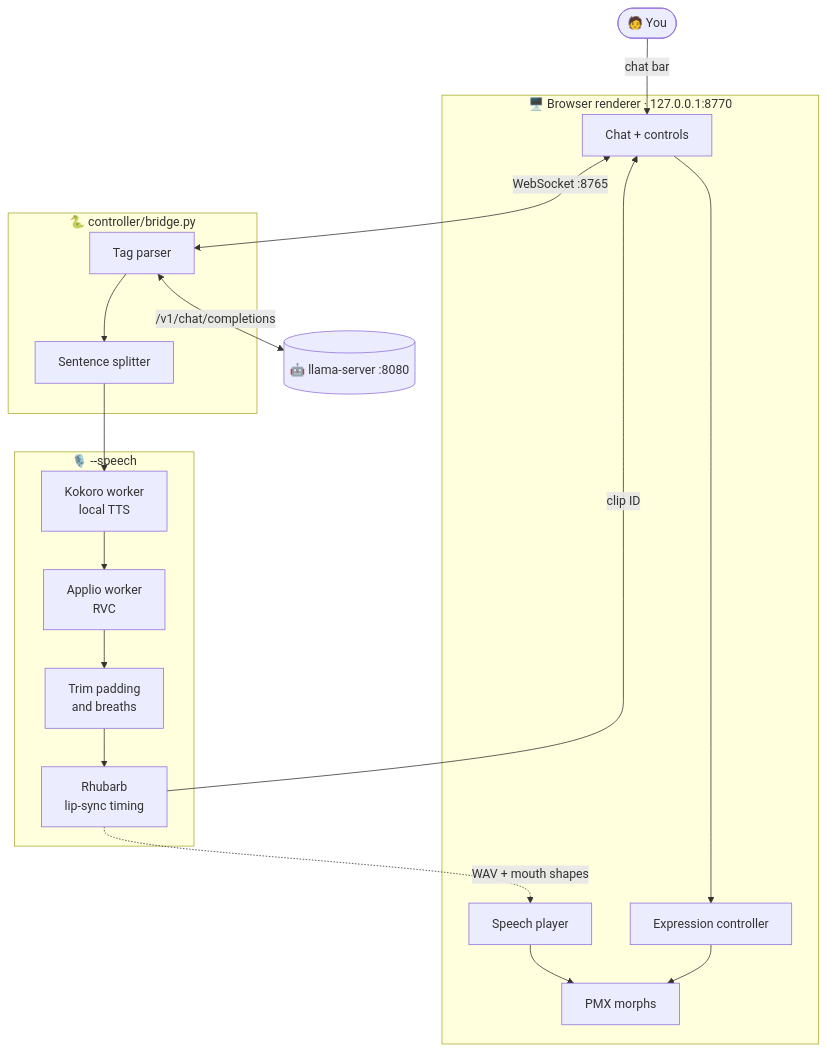
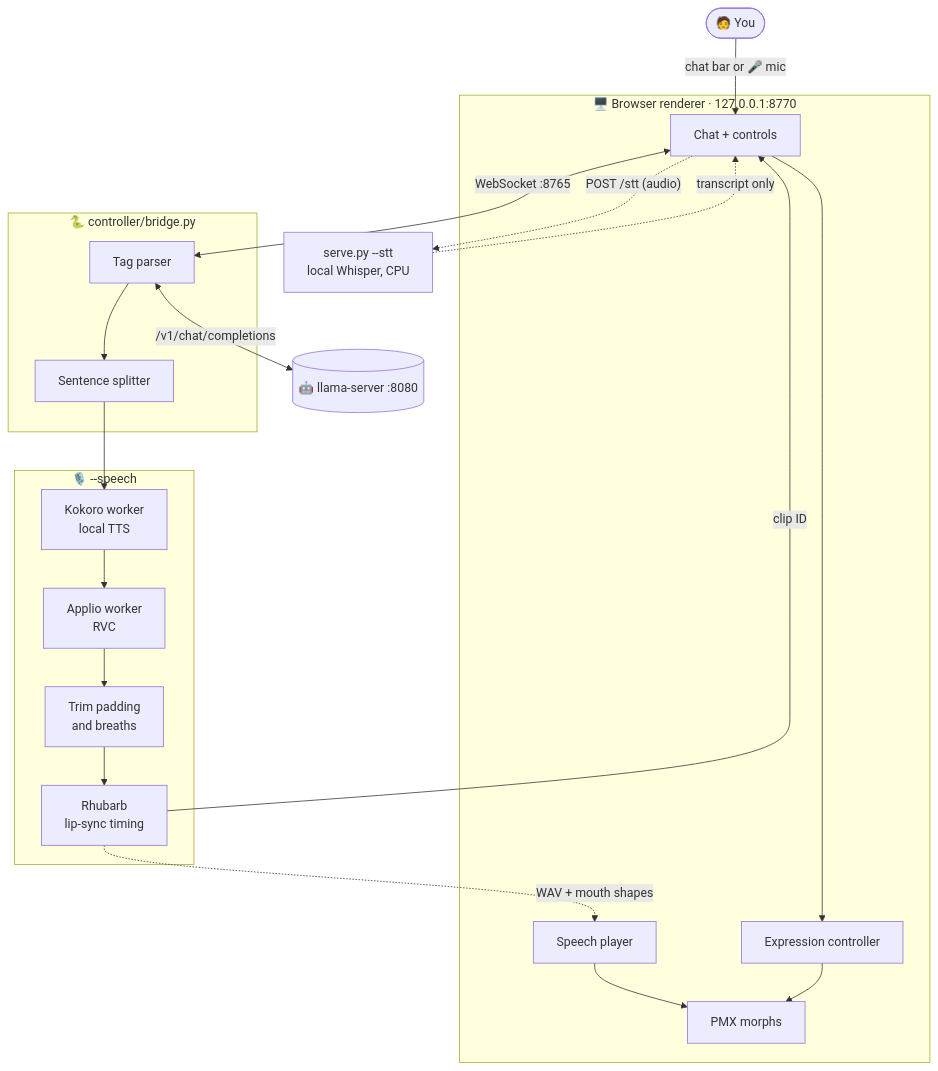
One commit to arctic-cheetah/AI-Avatar-PMX-MMD changed the first of 2 diagrams in README.md. Above: the diagram before and after it, drawn with Mermaid. The commit also changed other lines of this file and 3 other files, not shown here.

First line of the commit message:
docs: document local voice input (STT) setup, design and measurements (#25)

````diff
--- a/README.md
+++ b/README.md
@@ -18,22 +19,24 @@
 ```mermaid
 flowchart TD
-    U([🧑 You]) -->|chat bar| R
+    U([🧑 You]) -->|chat bar or 🎤 mic| R
     subgraph Browser["🖥️ Browser renderer · 127.0.0.1:8770"]
         R[Chat + controls] --> E[Expression controller]
         P[Speech player] --> M[PMX morphs]
         E --> M
     end
     R <-->|WebSocket :8765| B
+    R -.->|"POST /stt (audio)"| V[serve.py --stt<br/>local Whisper, CPU]
+    V -.->|transcript only| R
     subgraph Bridge["🐍 controller/bridge.py"]
         B[Tag parser] --> S[Sentence splitter]
     end
     B <-->|"/v1/chat/completions"| L[(🤖 llama-server :8080)]
     S --> W
     subgraph Speech["🎙️ --speech"]
         W[Kokoro worker<br/>local TTS] --> C[Applio worker<br/>RVC]
         C --> T[Trim padding<br/>and breaths]
         T --> A[Rhubarb<br/>lip-sync timing]
     end
     A -->|clip ID| R
     A -.->|WAV + mouth shapes| P
 ```
````
